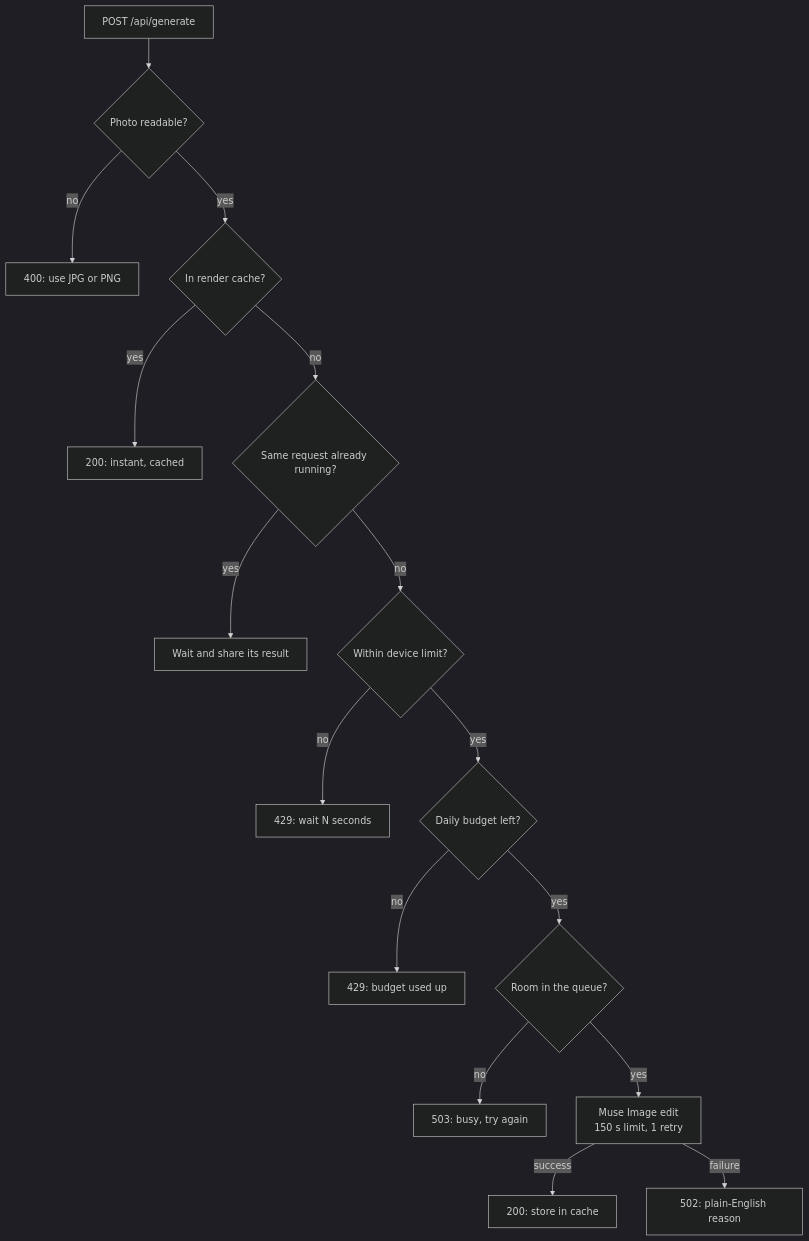
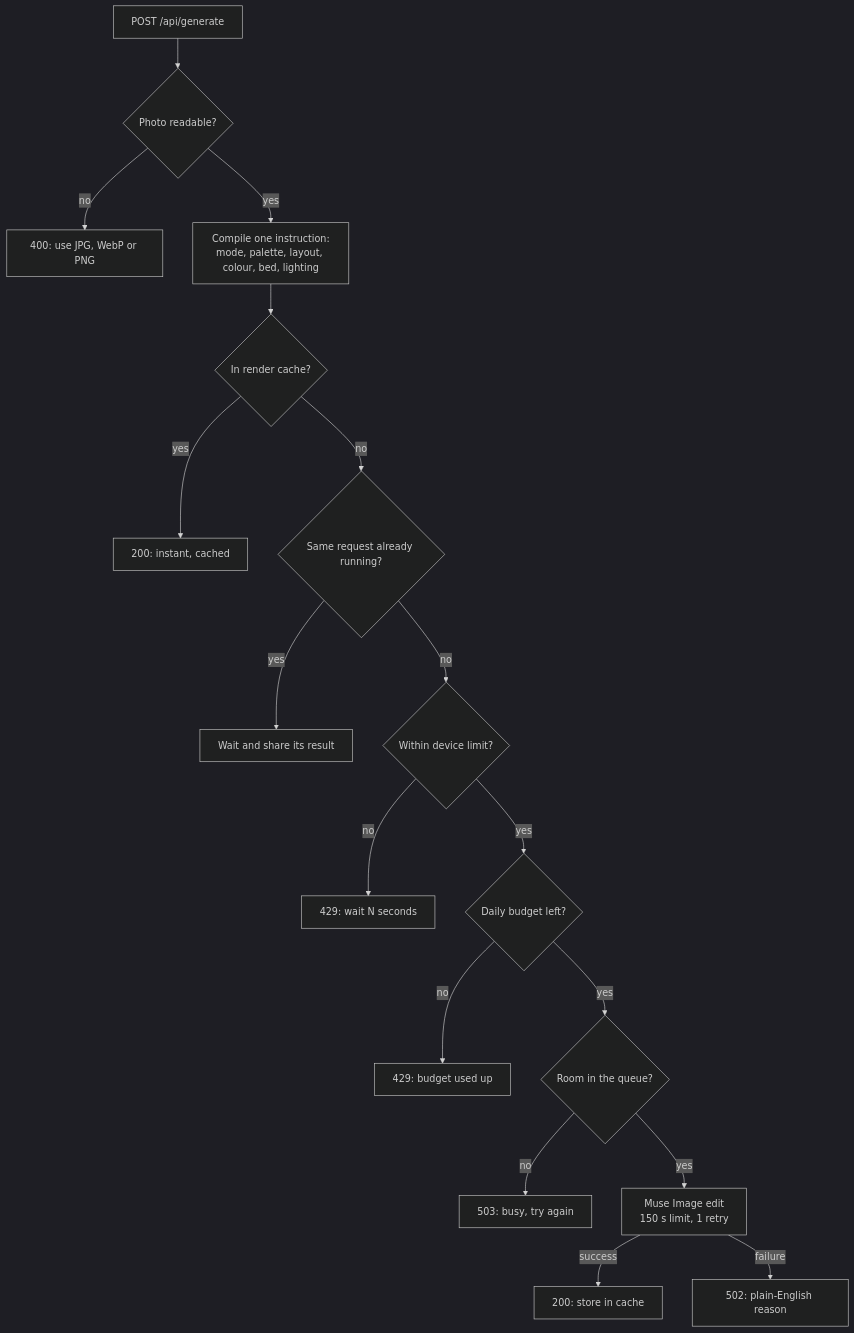
One commit to Prakhargupta1994/SameRoom changed the second of 3 diagrams in README.md. Above: the diagram before and after it, drawn with Mermaid (dark theme). The commit also changed other lines of this file, not shown here.

````diff
--- a/README.md
+++ b/README.md
@@ -86,18 +153,19 @@
 ```mermaid
 flowchart TD
   A["POST /api/generate"] --> B{"Photo readable?"}
-  B -- "no" --> B1["400: use JPG or PNG"]
-  B -- "yes" --> C{"In render cache?"}
+  B -- "no" --> B1["400: use JPG, WebP or PNG"]
+  B -- "yes" --> P["Compile one instruction:<br/>mode, palette, layout, colour, bed, lighting"]
+  P --> C{"In render cache?"}
   C -- "yes" --> C1["200: instant, cached"]
   C -- "no" --> D{"Same request already running?"}
   D -- "yes" --> D1["Wait and share its result"]
   D -- "no" --> E{"Within device limit?"}
   E -- "no" --> E1["429: wait N seconds"]
   E -- "yes" --> F{"Daily budget left?"}
   F -- "no" --> F1["429: budget used up"]
   F -- "yes" --> G{"Room in the queue?"}
   G -- "no" --> G1["503: busy, try again"]
   G -- "yes" --> H["Muse Image edit<br/>150 s limit, 1 retry"]
   H -- "success" --> H1["200: store in cache"]
   H -- "failure" --> H2["502: plain-English reason"]
 ```
````
